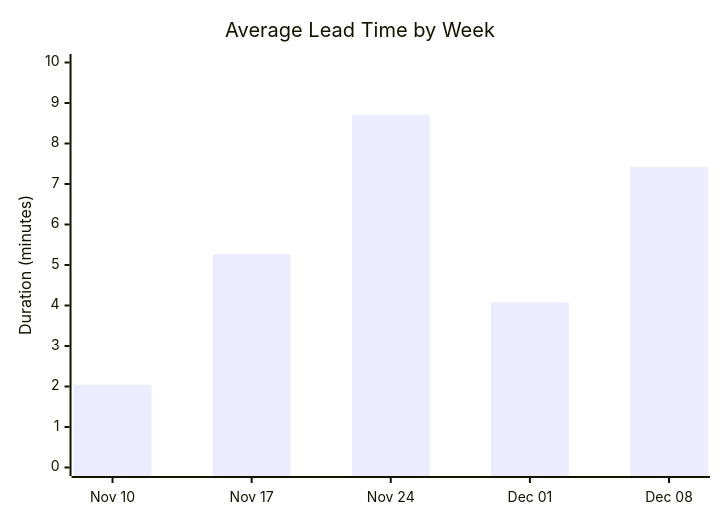
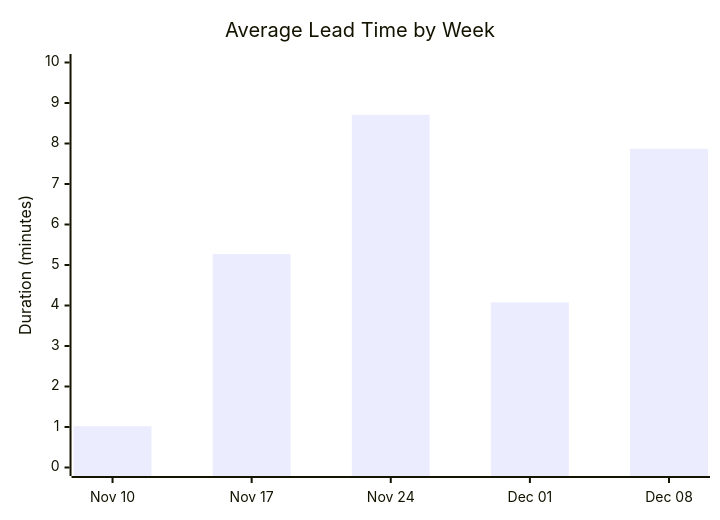
Before and after one commit to ukma-cs-ssdm-2025/rate-ukma: the second of 4 diagrams in docs/ci-cd/dora-summary.md, drawn with Mermaid. The commit also changed other lines of this file, not shown here.

````diff
--- a/docs/ci-cd/dora-summary.md
+++ b/docs/ci-cd/dora-summary.md
@@ -31,7 +30,7 @@
 ```mermaid
 xychart-beta
     title "Average Lead Time by Week"
     x-axis ["Nov 10", "Nov 17", "Nov 24", "Dec 01", "Dec 08"]
     y-axis "Duration (minutes)" 0 --> 10
-    bar [2.04, 5.27, 8.71, 4.08, 7.42]
+    bar [1.02, 5.27, 8.71, 4.08, 7.87]
 ```
````
